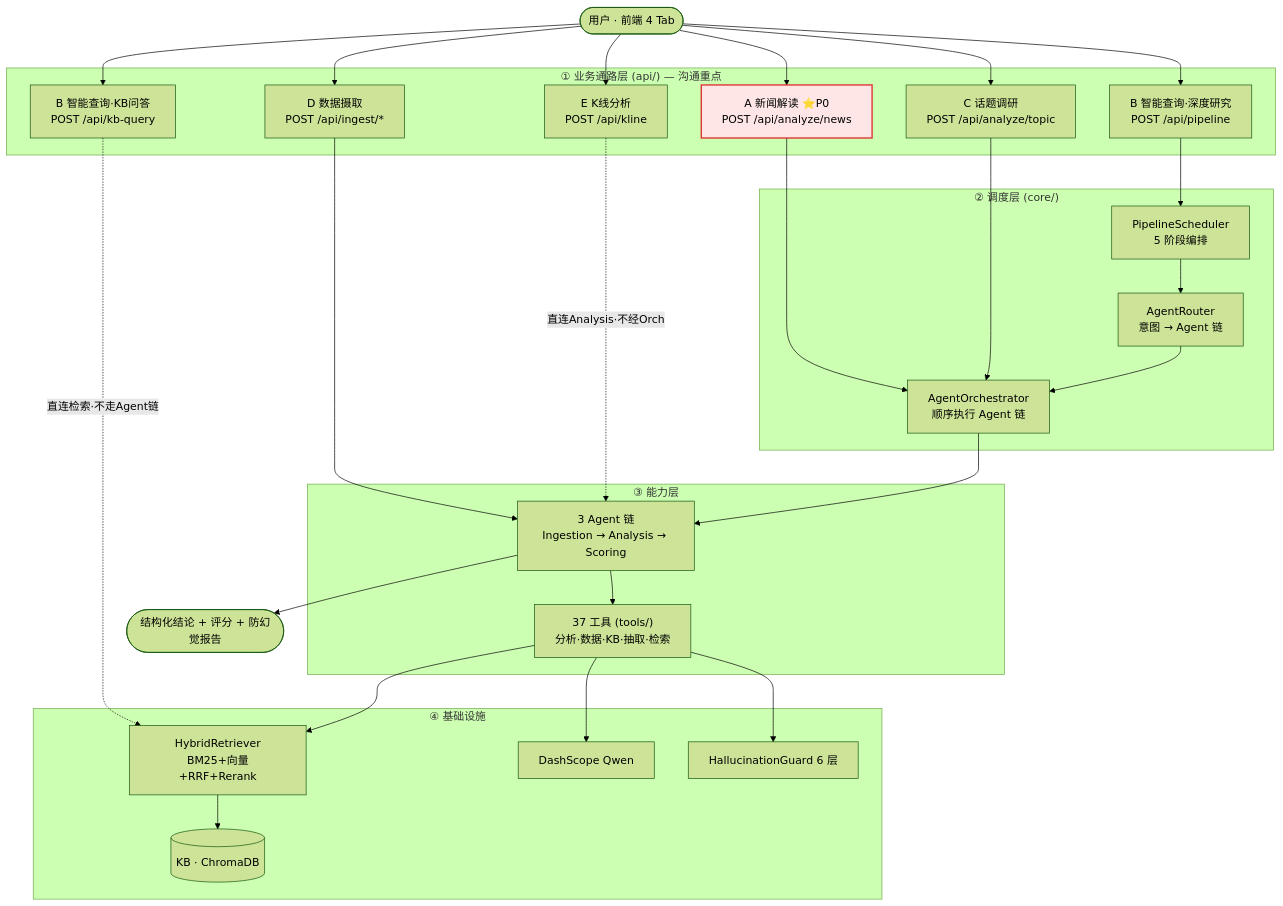
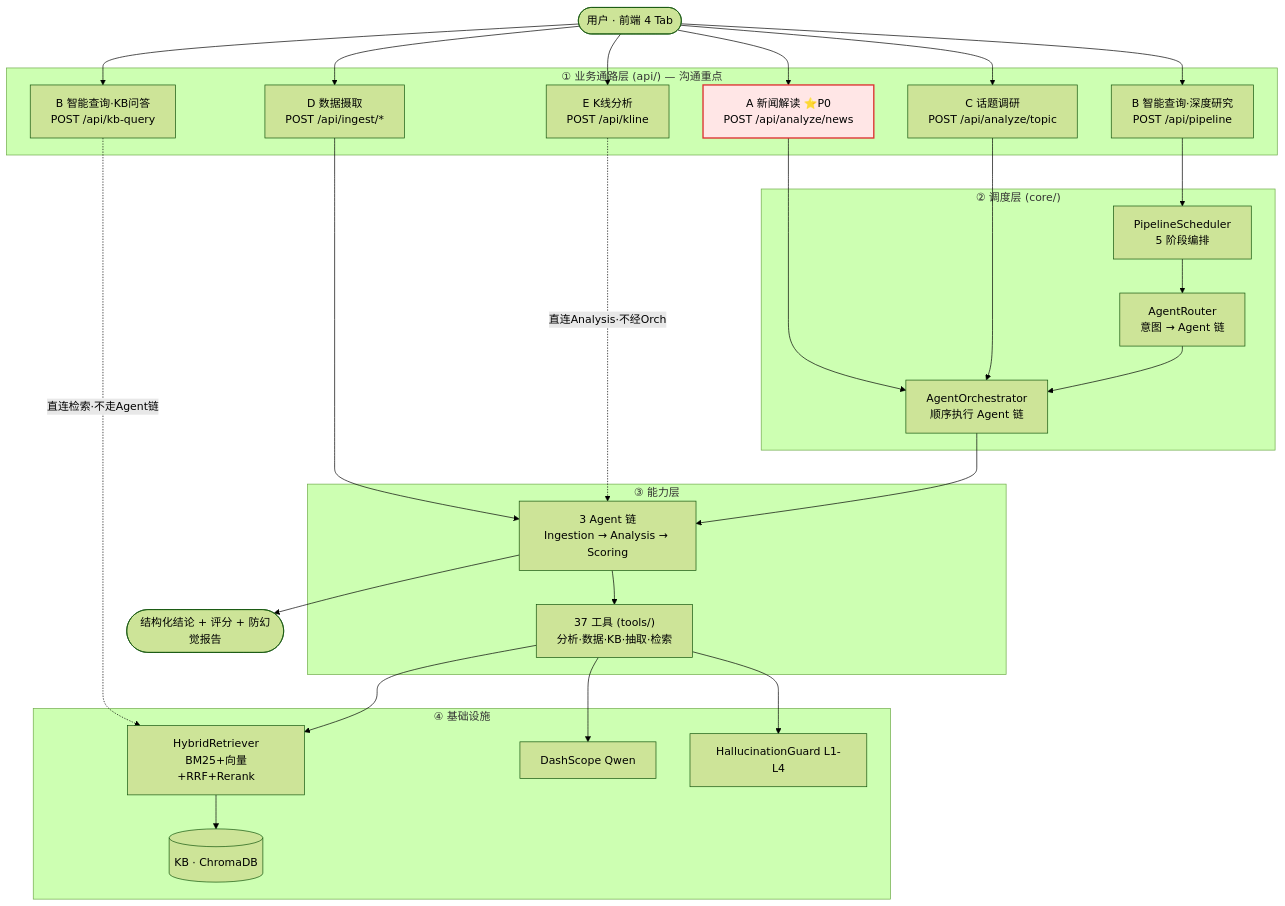
The diagram in docs/ARCHITECTURE.md (AllenMing3/Allen_FinanceRag), drawn with Mermaid (forest theme) before and after one commit. The commit also changed other lines of this file and 5 other files, not shown here.

````diff
--- a/docs/ARCHITECTURE.md
+++ b/docs/ARCHITECTURE.md
@@ -49,60 +49,60 @@
 ```mermaid
 graph TD
     U(["用户 · 前端 4 Tab"])
 
     subgraph BIZ["① 业务通路层 (api/) — 沟通重点"]
         A["A 新闻解读 ⭐P0<br/>POST /api/analyze/news"]
         Bq["B 智能查询·KB问答<br/>POST /api/kb-query"]
         Bp["B 智能查询·深度研究<br/>POST /api/pipeline"]
         C["C 话题调研<br/>POST /api/analyze/topic"]
         D["D 数据摄取<br/>POST /api/ingest/*"]
         E["E K线分析<br/>POST /api/kline"]
     end
 
     subgraph CORE["② 调度层 (core/)"]
         ORCH["AgentOrchestrator<br/>顺序执行 Agent 链"]
         ROUTER["AgentRouter<br/>意图 → Agent 链"]
         PIPE["PipelineScheduler<br/>5 阶段编排"]
     end
 
     subgraph CAP["③ 能力层"]
         AGENTS["3 Agent 链<br/>Ingestion → Analysis → Scoring"]
         TOOLS["37 工具 (tools/)<br/>分析·数据·KB·抽取·检索"]
     end
 
     subgraph INFRA["④ 基础设施"]
         RETR["HybridRetriever<br/>BM25+向量+RRF+Rerank"]
         LLM["DashScope Qwen"]
-        GUARD["HallucinationGuard 6 层"]
+        GUARD["HallucinationGuard L1-L4"]
         KB[("KB · ChromaDB")]
     end
 
     OUT(["结构化结论 + 评分 + 防幻觉报告"])
 
     U --> A
     U --> Bq
     U --> Bp
     U --> C
     U --> D
     U --> E
 
     A --> ORCH
     C --> ORCH
     Bp --> PIPE
     PIPE --> ROUTER
     ROUTER --> ORCH
     D --> AGENTS
     E -. 直连Analysis·不经Orch .-> AGENTS
     Bq -. 直连检索·不走Agent链 .-> RETR
 
     ORCH --> AGENTS
     AGENTS --> TOOLS
     TOOLS --> RETR
     TOOLS --> LLM
     TOOLS --> GUARD
     RETR --> KB
     AGENTS --> OUT
 
     classDef p0 fill:#ffe6e6,stroke:#d33,stroke-width:2px;
     class A p0;
 ```
````
